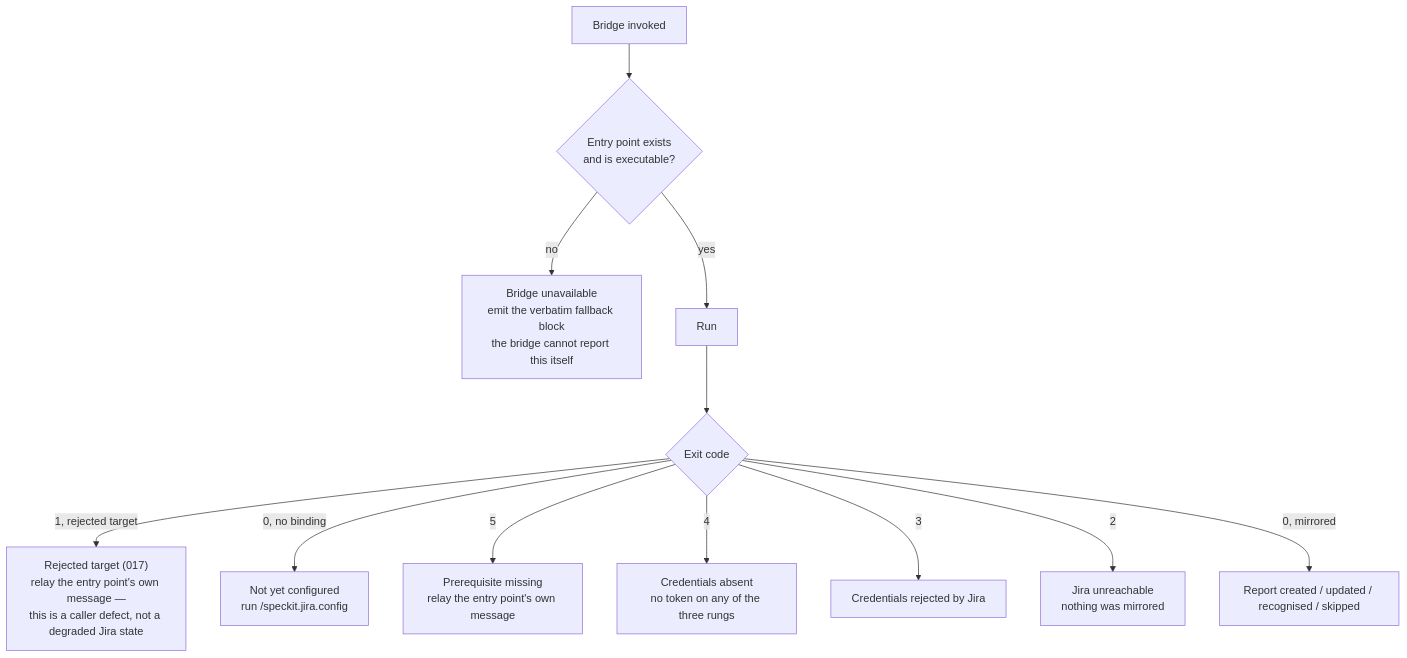
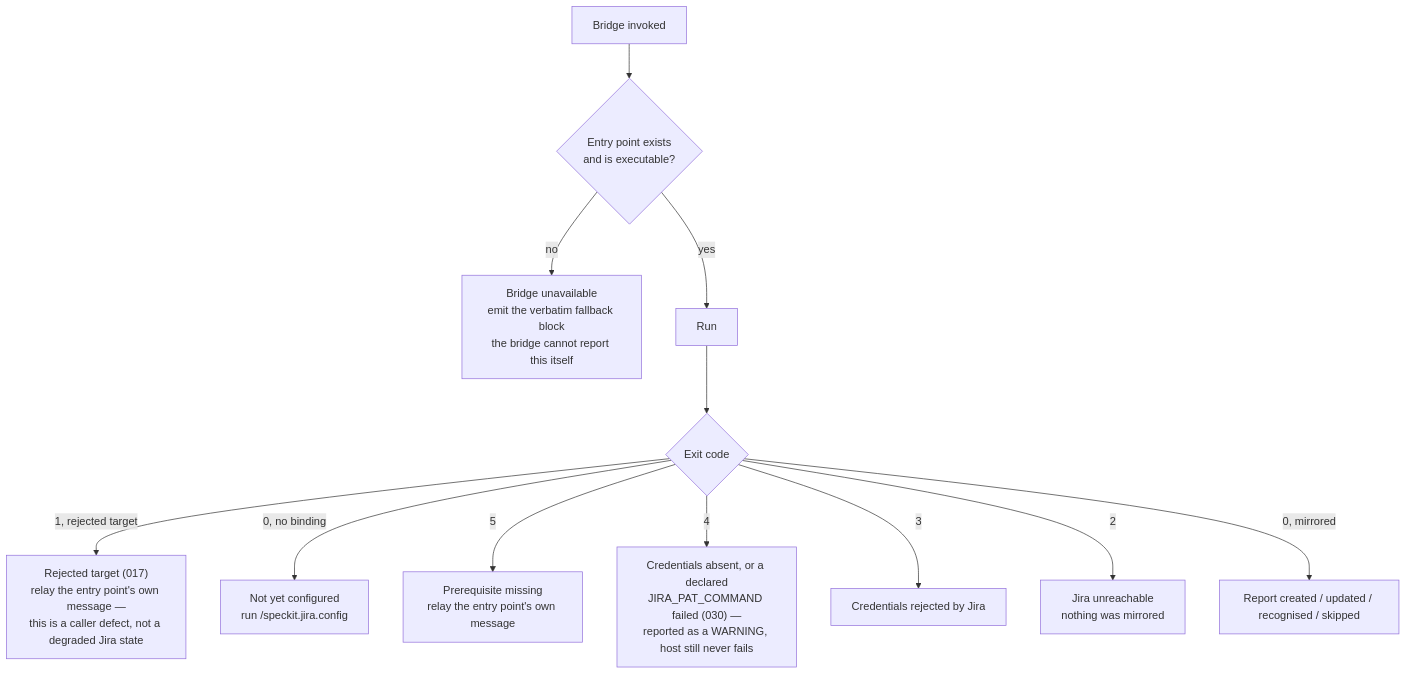
One commit to Fyloss/spec-kit-jira changed the fourth of 5 diagrams in docs/03-lifecycle-hooks.md. Above: the diagram before and after it, drawn with Mermaid. The commit also changed 116 other files, not shown here.

First line of the commit message:
feat(jira)!: retire .env credential rung, add JIRA_PAT_COMMAND (#43)

````diff
--- a/docs/03-lifecycle-hooks.md
+++ b/docs/03-lifecycle-hooks.md
@@ -122,15 +122,15 @@
 ```mermaid
 flowchart TD
     Start["Bridge invoked"] --> Exists{"Entry point exists<br/>and is executable?"}
     Exists -->|"no"| Cause7["Bridge unavailable<br/>emit the verbatim fallback block<br/>the bridge cannot report this itself"]
     Exists -->|"yes"| Run["Run"]
 
     Run --> Code{"Exit code"}
     Code -->|"1, rejected target"| Cause0["Rejected target (017)<br/>relay the entry point's own message —<br/>this is a caller defect, not a degraded Jira state"]
     Code -->|"0, no binding"| Cause1["Not yet configured<br/>run /speckit.jira.config"]
     Code -->|"5"| Cause4["Prerequisite missing<br/>relay the entry point's own message"]
-    Code -->|"4"| Cause2["Credentials absent<br/>no token on any of the three rungs"]
+    Code -->|"4"| Cause2["Credentials absent, or a declared<br/>JIRA_PAT_COMMAND failed (030) —<br/>reported as a WARNING, host still never fails"]
     Code -->|"3"| Cause3["Credentials rejected by Jira"]
     Code -->|"2"| Cause5["Jira unreachable<br/>nothing was mirrored"]
     Code -->|"0, mirrored"| Ok["Report created / updated / recognised / skipped"]
 ```
````
